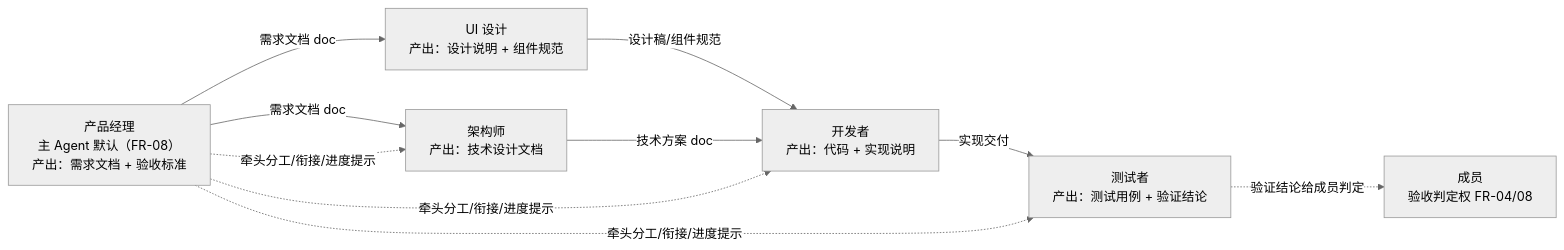
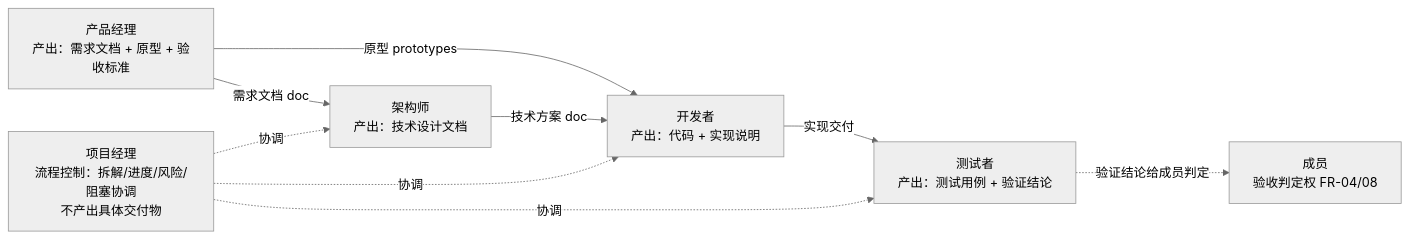
Before and after one commit to guolong123/vteam: the diagram in docs/agent-platform/16-内置Agent角色与提示词库.md, drawn with Mermaid (neutral theme). The commit also changed other lines of this file and 3 other files, not shown here.

````diff
--- a/docs/agent-platform/16-内置Agent角色与提示词库.md
+++ b/docs/agent-platform/16-内置Agent角色与提示词库.md
@@ -52,12 +52,11 @@
 ```mermaid
 flowchart LR
-    PM[产品经理<br/>主 Agent 默认（FR-08）<br/>产出：需求文档 + 验收标准] -->|需求文档 doc| UI[UI 设计<br/>产出：设计说明 + 组件规范]
-    PM -->|需求文档 doc| ARC[架构师<br/>产出：技术设计文档]
-    UI -->|设计稿/组件规范| DEV[开发者<br/>产出：代码 + 实现说明]
+    PM[产品经理<br/>产出：需求文档 + 原型 + 验收标准] -->|需求文档 doc| ARC[架构师<br/>产出：技术设计文档]
+    PM -->|原型 prototypes| DEV[开发者<br/>产出：代码 + 实现说明]
     ARC -->|技术方案 doc| DEV
     DEV -->|实现交付| QA[测试者<br/>产出：测试用例 + 验证结论]
     QA -.验证结论给成员判定.-> MEM[成员<br/>验收判定权 FR-04/08]
-    PM -.牵头分工/衔接/进度提示.-> ARC
-    PM -.牵头分工/衔接/进度提示.-> DEV
-    PM -.牵头分工/衔接/进度提示.-> QA
+    PROJM[项目经理<br/>流程控制：拆解/进度/风险/阻塞协调<br/>不产出具体交付物] -.协调.-> ARC
+    PROJM -.协调.-> DEV
+    PROJM -.协调.-> QA
 ```
````
